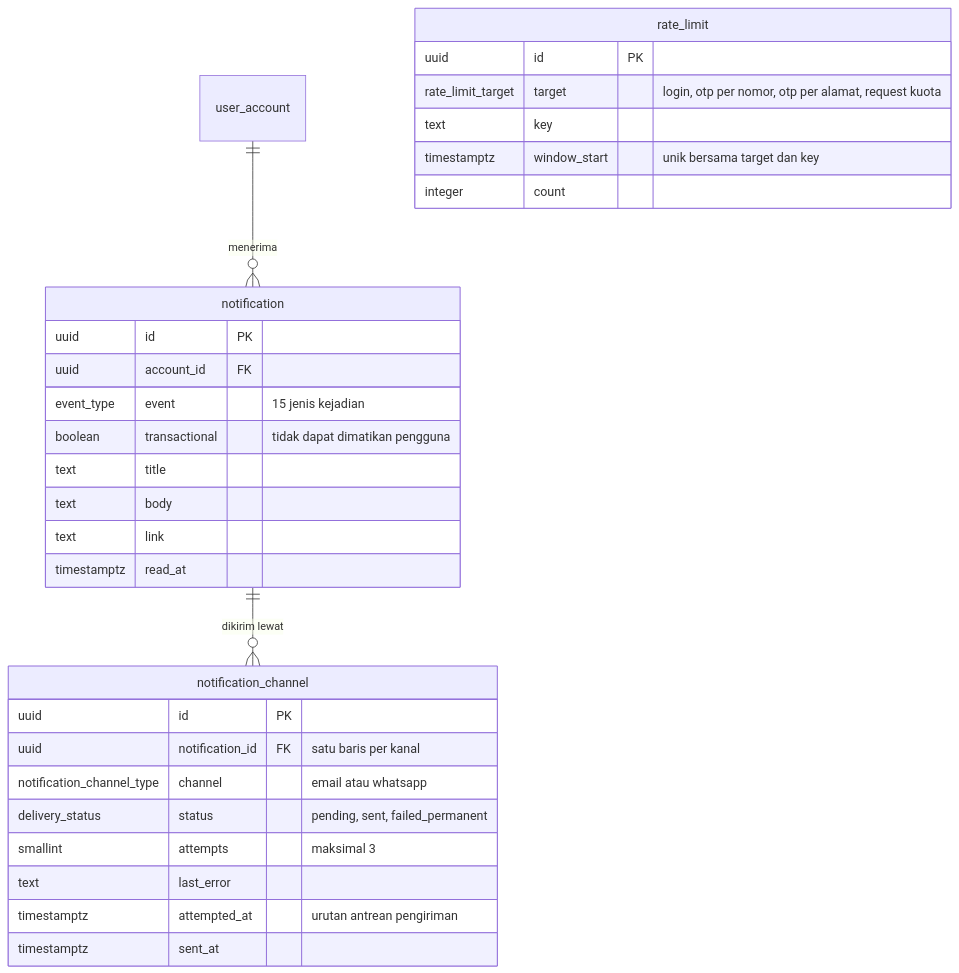
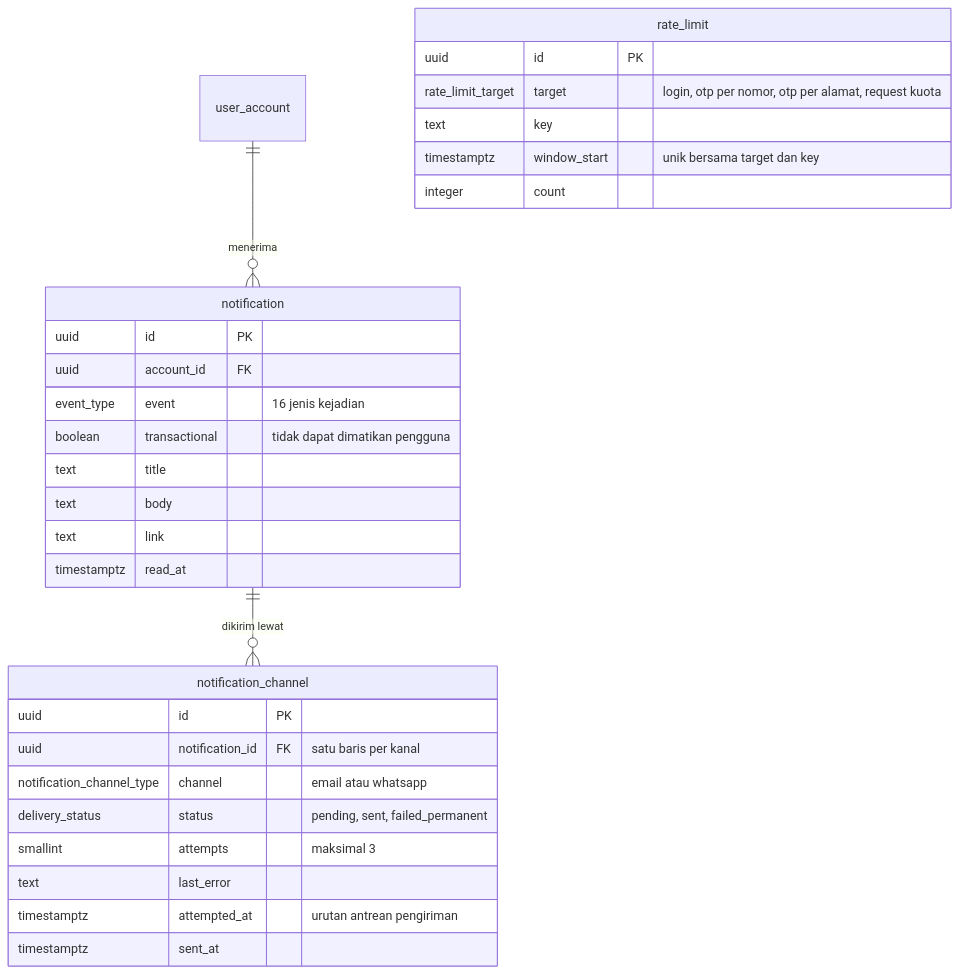
One commit to fzrilsh/devotion changed the fifth of 5 diagrams in README.md. Above: the diagram before and after it, drawn with Mermaid. The commit also changed other lines of this file, not shown here.

````diff
--- a/README.md
+++ b/README.md
@@ -552,33 +553,33 @@
 ```mermaid
 erDiagram
     user_account ||--o{ notification : "menerima"
     notification ||--o{ notification_channel : "dikirim lewat"
 
     notification {
         uuid id PK
         uuid account_id FK
-        event_type event "15 jenis kejadian"
+        event_type event "16 jenis kejadian"
         boolean transactional "tidak dapat dimatikan pengguna"
         text title
         text body
         text link
         timestamptz read_at
     }
     notification_channel {
         uuid id PK
         uuid notification_id FK "satu baris per kanal"
         notification_channel_type channel "email atau whatsapp"
         delivery_status status "pending, sent, failed_permanent"
         smallint attempts "maksimal 3"
         text last_error
         timestamptz attempted_at "urutan antrean pengiriman"
         timestamptz sent_at
     }
     rate_limit {
         uuid id PK
         rate_limit_target target "login, otp per nomor, otp per alamat, request kuota"
         text key
         timestamptz window_start "unik bersama target dan key"
         integer count
     }
 ```
````
